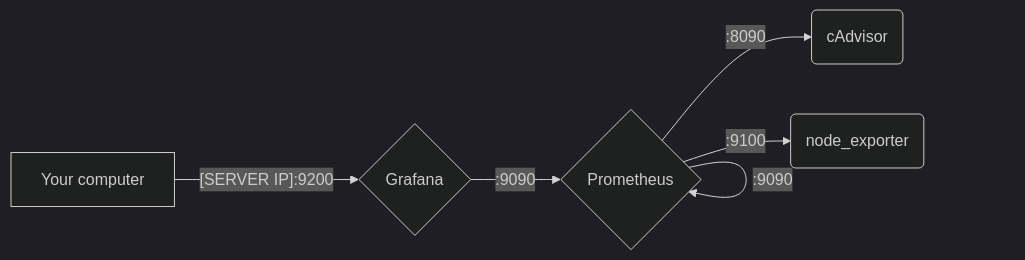
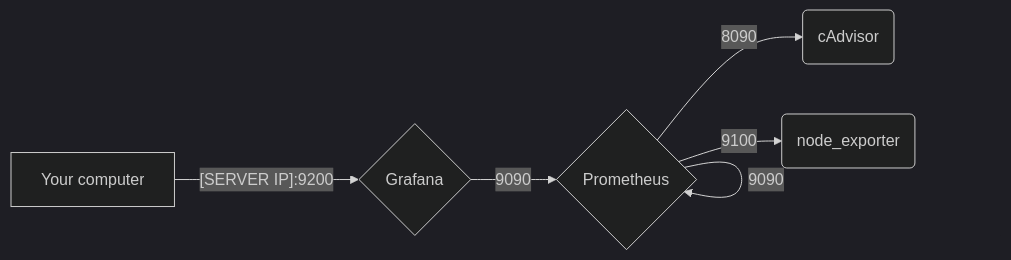
Before and after one commit to YR72dpi/debianMonitoring: the diagram in README.md, drawn with Mermaid (dark theme).

Commit message:
fix: mermaid error

````diff
--- a/README.md
+++ b/README.md
@@ -13,16 +13,16 @@
 ```mermaid
 graph LR
 grafana{Grafana}
 prometheus{Prometheus}
 cAdvisor(cAdvisor)
 node_exporter(node_exporter)
 computer[Your computer]
 
-    prometheus --:8090--> cAdvisor
-    prometheus --:9100--> node_exporter
-    prometheus --:9090--> prometheus
-    grafana --:9090--> prometheus
+    prometheus --8090--> cAdvisor
+    prometheus --9100--> node_exporter
+    prometheus --9090--> prometheus
+    grafana --9090--> prometheus
 
 
 computer --[SERVER IP]:9200--> grafana
 ```
````
